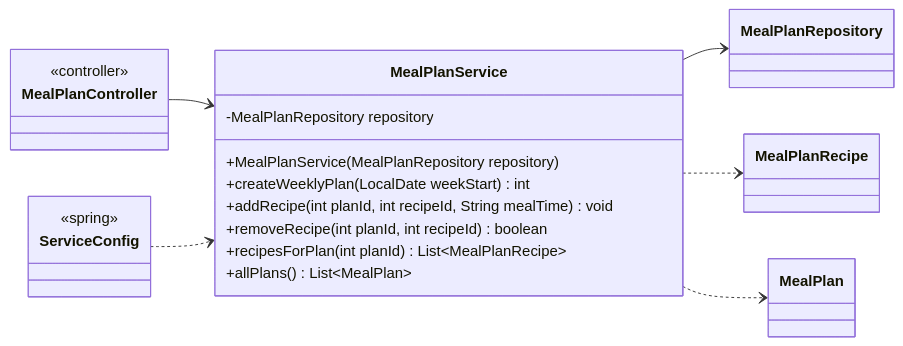
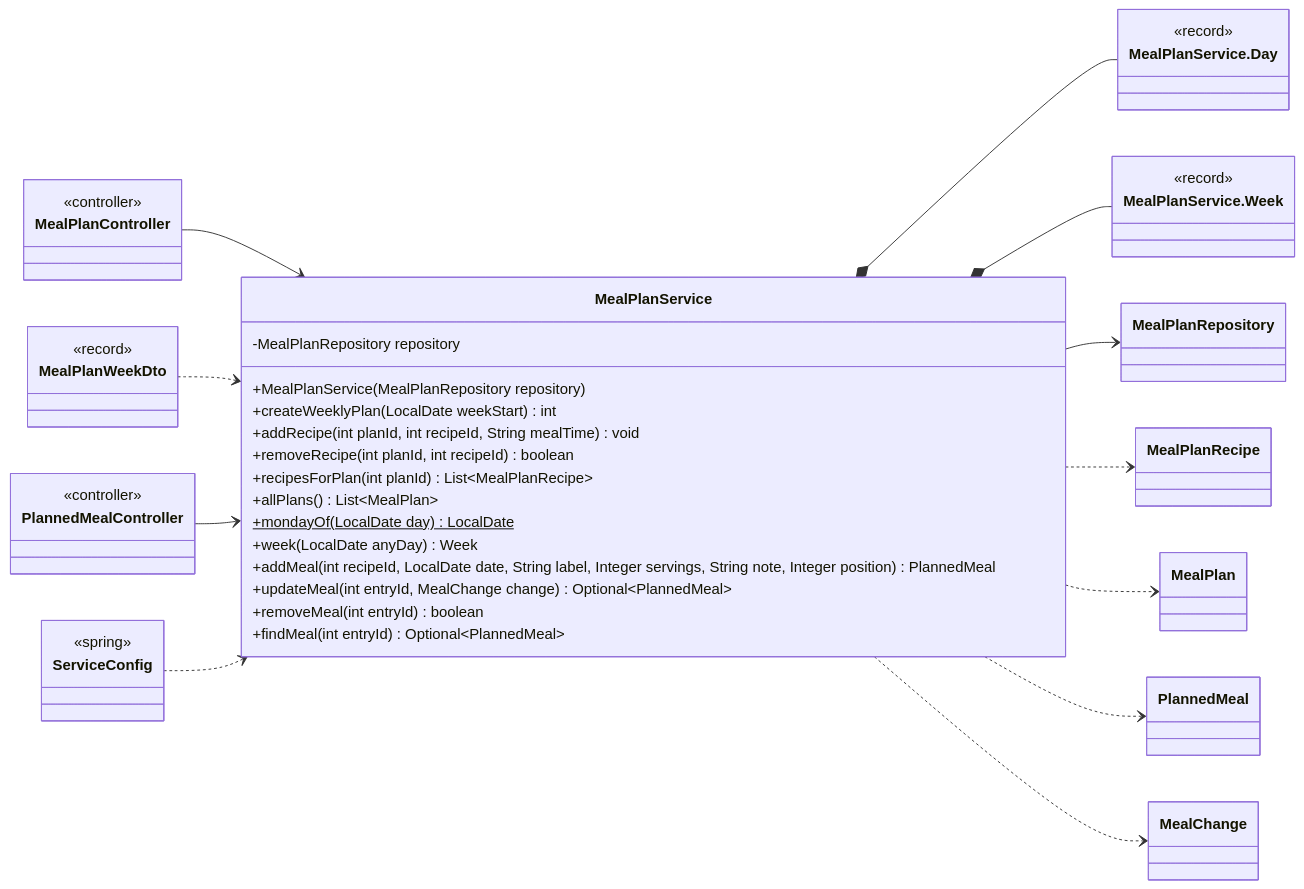
One commit to Nate-ryan-7690/dahaem changed the sixth of 25 diagrams in docs/classes/mealplanner.md. Above: the diagram before and after it, drawn with Mermaid. The commit also changed other lines of this file and 5 other files, not shown here.

````diff
--- a/docs/classes/mealplanner.md
+++ b/docs/classes/mealplanner.md
@@ -239,27 +362,53 @@
 ```mermaid
 classDiagram
     direction LR
     class mealplanner_MealPlanService["MealPlanService"] {
         -MealPlanRepository repository
         +MealPlanService(MealPlanRepository repository)
         +createWeeklyPlan(LocalDate weekStart) int
         +addRecipe(int planId, int recipeId, String mealTime) void
         +removeRecipe(int planId, int recipeId) boolean
         +recipesForPlan(int planId) List~MealPlanRecipe~
         +allPlans() List~MealPlan~
+        +mondayOf(LocalDate day) LocalDate$
+        +week(LocalDate anyDay) Week
+        +addMeal(int recipeId, LocalDate date, String label, Integer servings, String note, Integer position) PlannedMeal
+        +updateMeal(int entryId, MealChange change) Optional~PlannedMeal~
+        +removeMeal(int entryId) boolean
+        +findMeal(int entryId) Optional~PlannedMeal~
+    }
+    class mealplanner_MealPlanService_Day["MealPlanService.Day"] {
+        <<record>>
+    }
+    class mealplanner_MealPlanService_Week["MealPlanService.Week"] {
+        <<record>>
     }
     class mealplanner_MealPlanRepository["MealPlanRepository"]
     class api_MealPlanController["MealPlanController"] {
         <<controller>>
     }
+    class api_PlannedMealController["PlannedMealController"] {
+        <<controller>>
+    }
     class mealplanner_MealPlanRecipe["MealPlanRecipe"]
     class mealplanner_MealPlan["MealPlan"]
+    class mealplanner_PlannedMeal["PlannedMeal"]
+    class mealplanner_MealChange["MealChange"]
+    class api_MealPlanWeekDto["MealPlanWeekDto"] {
+        <<record>>
+    }
     class api_ServiceConfig["ServiceConfig"] {
         <<spring>>
     }
+    mealplanner_MealPlanService *-- mealplanner_MealPlanService_Day
+    mealplanner_MealPlanService *-- mealplanner_MealPlanService_Week
     mealplanner_MealPlanService --> mealplanner_MealPlanRepository
     mealplanner_MealPlanService ..> mealplanner_MealPlanRecipe
     mealplanner_MealPlanService ..> mealplanner_MealPlan
+    mealplanner_MealPlanService ..> mealplanner_PlannedMeal
+    mealplanner_MealPlanService ..> mealplanner_MealChange
     api_MealPlanController --> mealplanner_MealPlanService
+    api_MealPlanWeekDto ..> mealplanner_MealPlanService
+    api_PlannedMealController --> mealplanner_MealPlanService
     api_ServiceConfig ..> mealplanner_MealPlanService
 ```
````
